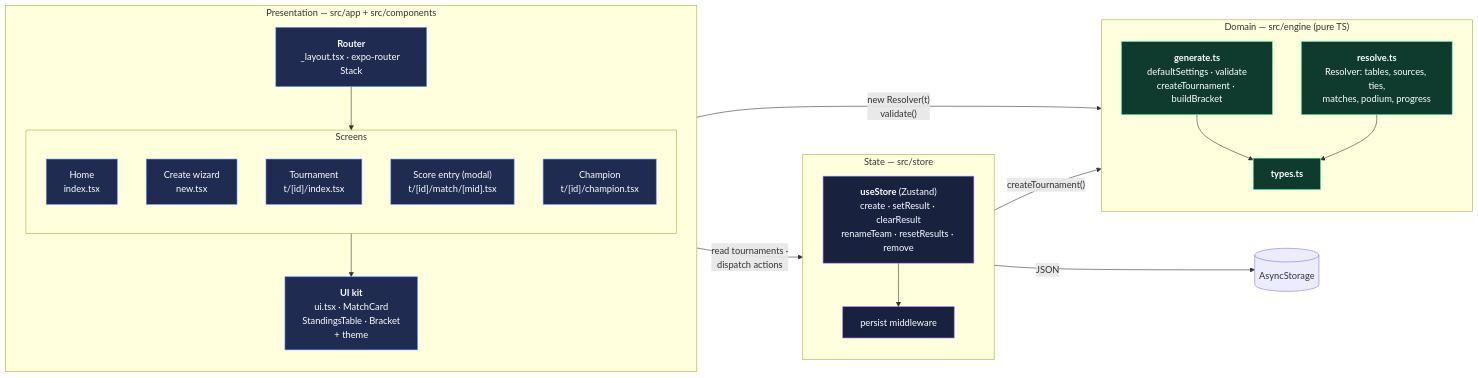
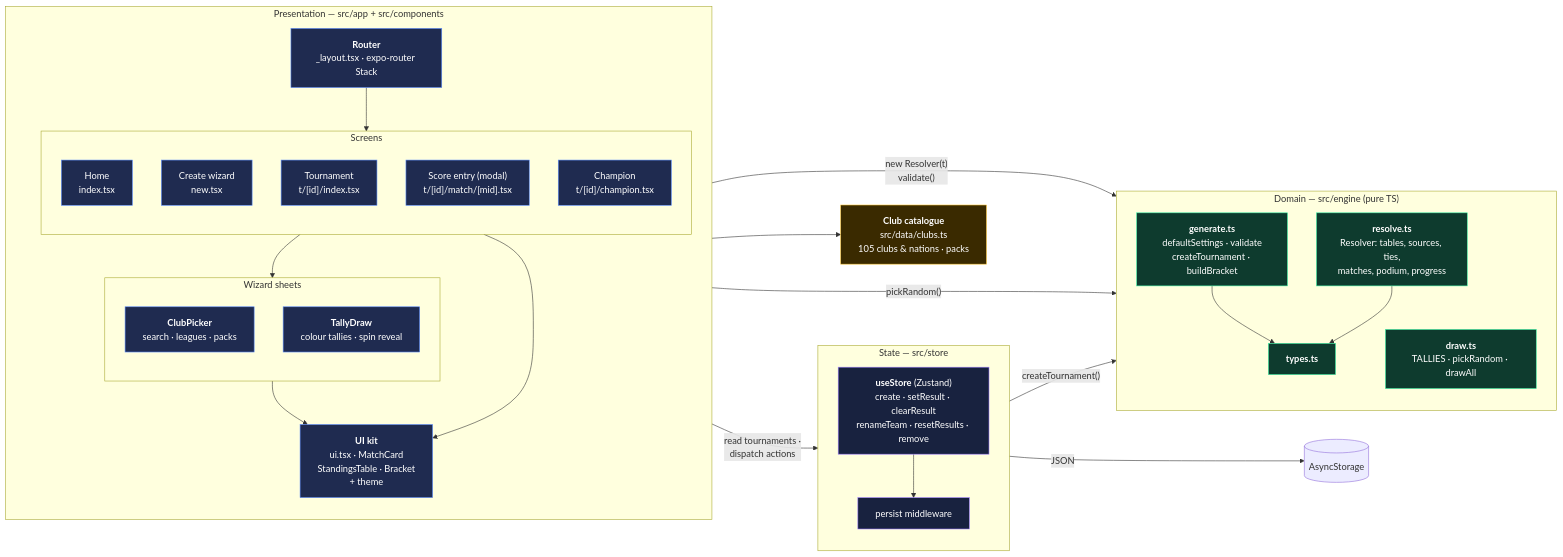
One commit to CalebTek/Pitchside changed the third of 4 diagrams in docs/c4-model.md. Above: the diagram before and after it, drawn with Mermaid. The commit also changed other lines of this file and 43 other files, not shown here.

First line of the commit message:
Docs: render diagrams as images, document new features

````diff
--- a/docs/c4-model.md
+++ b/docs/c4-model.md
@@ -85,48 +106,62 @@
 ```mermaid
 flowchart LR
     subgraph ui ["Presentation — src/app + src/components"]
       direction TB
       router["<b>Router</b><br/>_layout.tsx · expo-router Stack"]
       subgraph screens ["Screens"]
         direction TB
         home["Home<br/>index.tsx"]
         wizard["Create wizard<br/>new.tsx"]
         tscreen["Tournament<br/>t/[id]/index.tsx"]
         entry["Score entry (modal)<br/>t/[id]/match/[mid].tsx"]
         champ["Champion<br/>t/[id]/champion.tsx"]
       end
+      subgraph sheets ["Wizard sheets"]
+        direction TB
+        picker["<b>ClubPicker</b><br/>search · leagues · packs"]
+        tally["<b>TallyDraw</b><br/>colour tallies · spin reveal"]
+      end
       kit["<b>UI kit</b><br/>ui.tsx · MatchCard<br/>StandingsTable · Bracket<br/>+ theme"]
       router --> screens
+      wizard --> sheets
       screens --> kit
+      sheets --> kit
     end
+
+    catalogue["<b>Club catalogue</b><br/>src/data/clubs.ts<br/>105 clubs & nations · packs"]
 
     subgraph state ["State — src/store"]
       direction TB
       store["<b>useStore</b> (Zustand)<br/>create · setResult · clearResult<br/>renameTeam · resetResults · remove"]
       persist["persist middleware"]
       store --> persist
     end
 
     subgraph engine ["Domain — src/engine (pure TS)"]
       direction TB
       gen["<b>generate.ts</b><br/>defaultSettings · validate<br/>createTournament · buildBracket"]
       res["<b>resolve.ts</b><br/>Resolver: tables, sources, ties,<br/>matches, podium, progress"]
+      draw["<b>draw.ts</b><br/>TALLIES · pickRandom · drawAll"]
       types["<b>types.ts</b>"]
       gen --> types
       res --> types
     end
 
     disk[("AsyncStorage")]
 
+    sheets --> catalogue
+    tally -- "pickRandom()" --> draw
     screens -- "read tournaments ·<br/>dispatch actions" --> store
     screens -- "new Resolver(t)<br/>validate()" --> engine
     store -- "createTournament()" --> gen
     persist -- "JSON" --> disk
 
     classDef l1 fill:#1F2B50,stroke:#5B8CFF,color:#fff
     classDef l2 fill:#18223F,stroke:#9B7CFF,color:#fff
     classDef l3 fill:#0E3B2E,stroke:#3DF5A7,color:#fff
-    class router,home,wizard,tscreen,entry,champ,kit l1
+    classDef data fill:#3A2A00,stroke:#FFC93C,color:#fff
+    class router,home,wizard,tscreen,entry,champ,kit,picker,tally l1
     class store,persist l2
-    class gen,res,types l3
+    class gen,res,draw,types l3
+    class catalogue data
 ```
````
